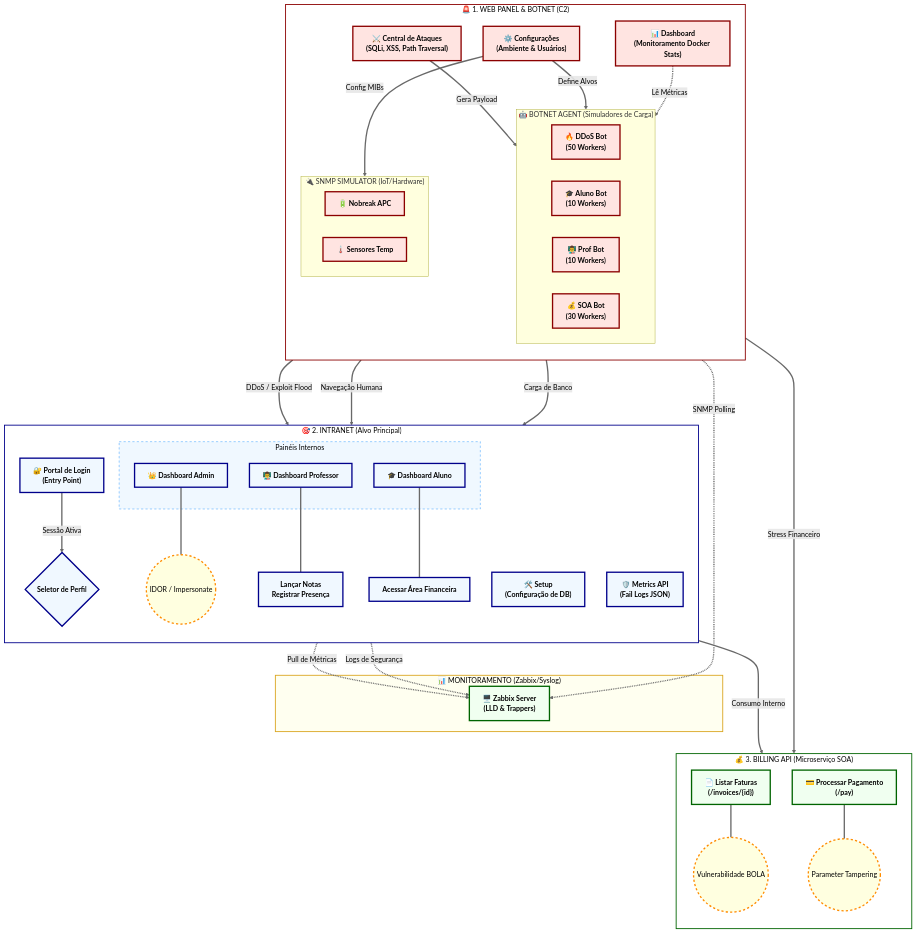
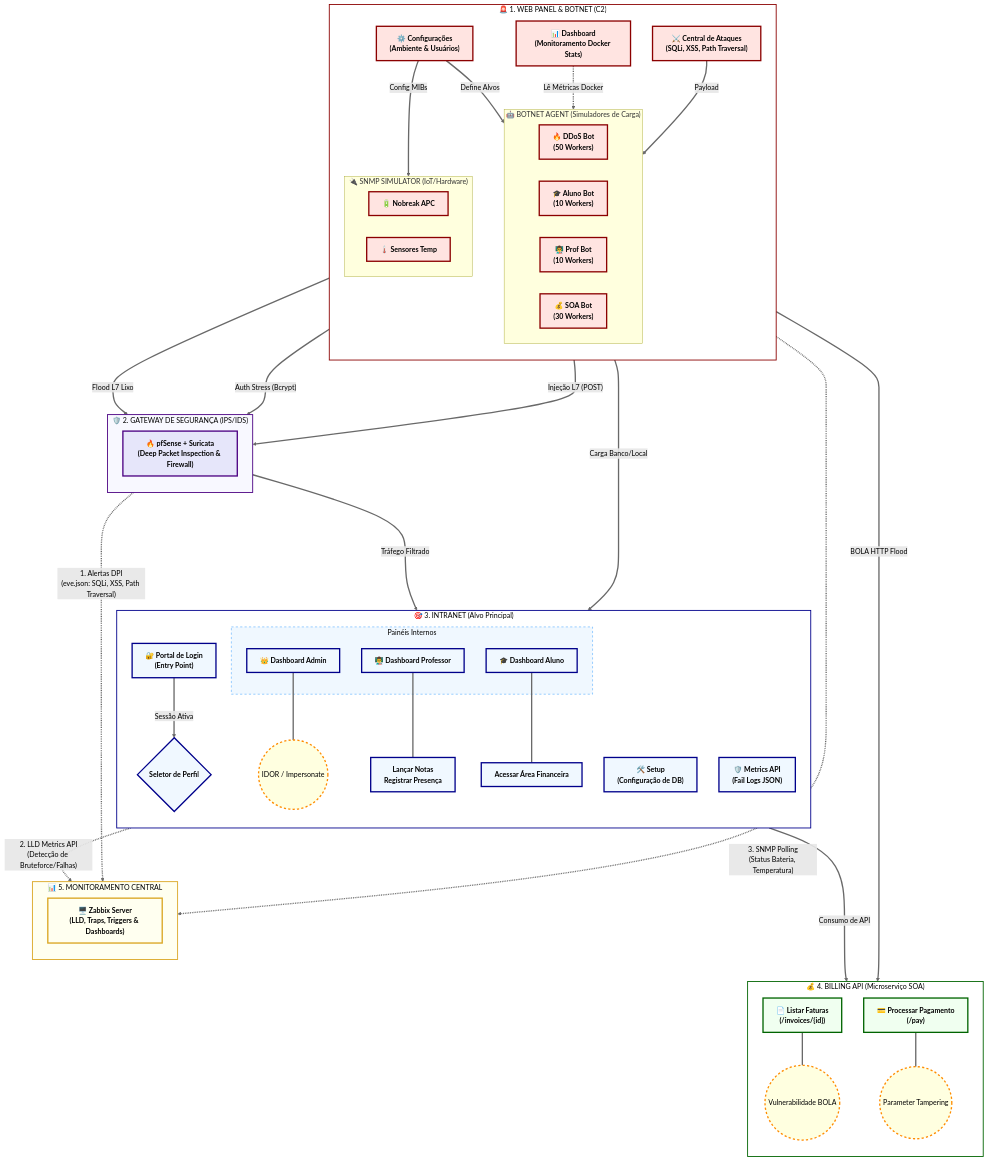
One commit to AugustoRubio/PI_5SEMESTRE_MONITORAMENTO changed the diagram in docs/diagrama_funcionalidades.md. Above: the diagram before and after it, drawn with Mermaid. The commit also changed other lines of this file, not shown here.

Commit message:
docs: fix diagram link overlap and explicitly map pfSense, Suricata and Zabbix monitoring pillars

````diff
--- a/docs/diagrama_funcionalidades.md
+++ b/docs/diagrama_funcionalidades.md
@@ -7,11 +7,13 @@
 ```mermaid
 flowchart TD
     %% ==========================================
-    %% Definições de Estilo (Alta Fidelidade)
+    %% Definições de Estilo (Alta Fidelidade - Safe Colors)
     %% ==========================================
     classDef attackerNode fill:mistyrose,stroke:darkred,stroke-width:3px,color:black,font-weight:bold;
     classDef targetNode fill:aliceblue,stroke:darkblue,stroke-width:3px,color:black,font-weight:bold;
     classDef microserviceNode fill:honeydew,stroke:darkgreen,stroke-width:3px,color:black,font-weight:bold;
+    classDef securityNode fill:lavender,stroke:indigo,stroke-width:3px,color:black,font-weight:bold;
+    classDef monitorNode fill:ivory,stroke:goldenrod,stroke-width:3px,color:black,font-weight:bold;
     classDef vulnerability fill:lightyellow,stroke:darkorange,stroke-width:3px,color:black,stroke-dasharray: 5 5;
 
     %% Estilo global para as setas
@@ -40,17 +42,25 @@
             SNMP_TEMP["🌡️ Sensores Temp"]:::attackerNode
         end
 
-        %% Conexões de Controle Interno
-        WP_Admin --> |"Define Alvos"| Botnet_Agent
-        WP_Admin --> |"Config MIBs"| SNMP_Simulator
-        WP_Stats -.-> |"Lê Métricas"| Botnet_Agent
-        WP_Attacks --> |"Gera Payload"| BOT_DDOS
+        %% Conexões ancoradas em nós específicos para evitar sobreposição de textos
+        WP_Admin --> |"Define Alvos"| BOT_DDOS
+        WP_Admin --> |"Config MIBs"| SNMP_APC
+        WP_Stats -.-> |"Lê Métricas Docker"| BOT_STUD
+        WP_Attacks --> |"Payload"| BOT_DDOS
+    end
+
+    %% ==========================================
+    %% Subgrafo: Appliance de Segurança (Gateway)
+    %% ==========================================
+    subgraph Security_Appliance ["🛡️ 2. GATEWAY DE SEGURANÇA (IPS/IDS)"]
+        direction TB
+        PFSENSE["🔥 pfSense + Suricata\n(Deep Packet Inspection & Firewall)"]:::securityNode
     end
 
     %% ==========================================
     %% Subgrafo: Intranet Alvo (Aplicação Monitorada)
     %% ==========================================
-    subgraph Intranet_App ["🎯 2. INTRANET (Alvo Principal)"]
+    subgraph Intranet_App ["🎯 3. INTRANET (Alvo Principal)"]
         direction TB
         INT_Setup["🛠️ Setup\n(Configuração de DB)"]
         INT_Login["🔐 Portal de Login\n(Entry Point)"]
@@ -75,7 +85,7 @@
     %% ==========================================
     %% Subgrafo: Microserviço de Faturamento
     %% ==========================================
-    subgraph Billing_Microservice ["💰 3. BILLING API (Microserviço SOA)"]
+    subgraph Billing_Microservice ["💰 4. BILLING API (Microserviço SOA)"]
         direction TB
         BILL_Invoices["📄 Listar Faturas\n(/invoices/{id})"]
         BILL_Pay["💳 Processar Pagamento\n(/pay)"]
@@ -85,32 +95,42 @@
     end
 
     %% ==========================================
-    %% Subgrafo: Camada de Monitoramento (Externo)
+    %% Subgrafo: Camada de Monitoramento (Zabbix)
     %% ==========================================
-    subgraph Monitoring ["📊 MONITORAMENTO (Zabbix/Syslog)"]
-        ZABBIX["🖥️ Zabbix Server\n(LLD & Trappers)"]
+    subgraph Monitoring ["📊 5. MONITORAMENTO CENTRAL"]
+        direction TB
+        ZABBIX["🖥️ Zabbix Server\n(LLD, Traps, Triggers & Dashboards)"]:::monitorNode
     end
 
     %% ==========================================
     %% Conexões de Alta Visibilidade (Fluxo Completo)
     %% ==========================================
     
-    %% Atacante -> Alvo
-    BOT_DDOS ===> |"DDoS / Exploit Flood"| INT_Login
-    BOT_STUD ===> |"Navegação Humana"| INT_Login
-    BOT_PROF ===> |"Carga de Banco"| INT_Login
-    BOT_SOA ===> |"Stress Financeiro"| BILL_Invoices
+    %% Tráfego do Atacante Passa pelo Firewall/IPS
+    BOT_DDOS ===> |"Flood L7 Lixo"| PFSENSE
+    BOT_STUD ===> |"Auth Stress (Bcrypt)"| PFSENSE
+    WP_Attacks ===> |"Injeção L7 (POST)"| PFSENSE
+    
+    %% Firewall encaminha para a Aplicação
+    PFSENSE ===> |"Tráfego Filtrado"| INT_Login
+    BOT_PROF ===> |"Carga Banco/Local"| INT_Login
+    BOT_SOA ===> |"BOLA HTTP Flood"| BILL_Invoices
     
     %% Alvo -> Microserviço
-    STUD_Billing ===> |"Consumo Interno"| BILL_Invoices
+    STUD_Billing ===> |"Consumo de API"| BILL_Invoices
     
-    %% Fluxo de Monitoramento (Onde os dados são coletados)
-    INT_Sec -.-> |"Pull de Métricas"| ZABBIX
-    SNMP_Simulator -.-> |"SNMP Polling"| ZABBIX
-    INT_Login -.-> |"Logs de Segurança"| ZABBIX
+    %% ==========================================
+    %% O que o Zabbix monitora? (Pontos Chave)
+    %% ==========================================
+    PFSENSE -.-> |"1. Alertas DPI\n(eve.json: SQLi, XSS, Path Traversal)"| ZABBIX
+    INT_Sec -.-> |"2. LLD Metrics API\n(Detecção de Bruteforce/Falhas)"| ZABBIX
+    SNMP_Simulator -.-> |"3. SNMP Polling\n(Status Bateria, Temperatura)"| ZABBIX
 
+    %% ==========================================
     %% Estilização de Subgrafos
+    %% ==========================================
     style Web_Panel fill:white,stroke:darkred,stroke-width:2px,color:black
+    style Security_Appliance fill:ghostwhite,stroke:indigo,stroke-width:2px,color:black
     style Intranet_App fill:white,stroke:darkblue,stroke-width:2px,color:black
     style Billing_Microservice fill:white,stroke:darkgreen,stroke-width:2px,color:black
     style Dashboards fill:aliceblue,stroke:dodgerblue,stroke-dasharray: 5 5,color:black
@@ -120,5 +140,4 @@
     class WP_Stats,WP_Attacks,WP_Admin attackerNode;
     class INT_Setup,INT_Login,INT_Admin,INT_Prof,INT_Stud,INT_Sec,PROF_Actions,STUD_Billing,INT_Router targetNode;
     class BILL_Invoices,BILL_Pay microserviceNode;
-    class ZABBIX microserviceNode;
 ```
````
